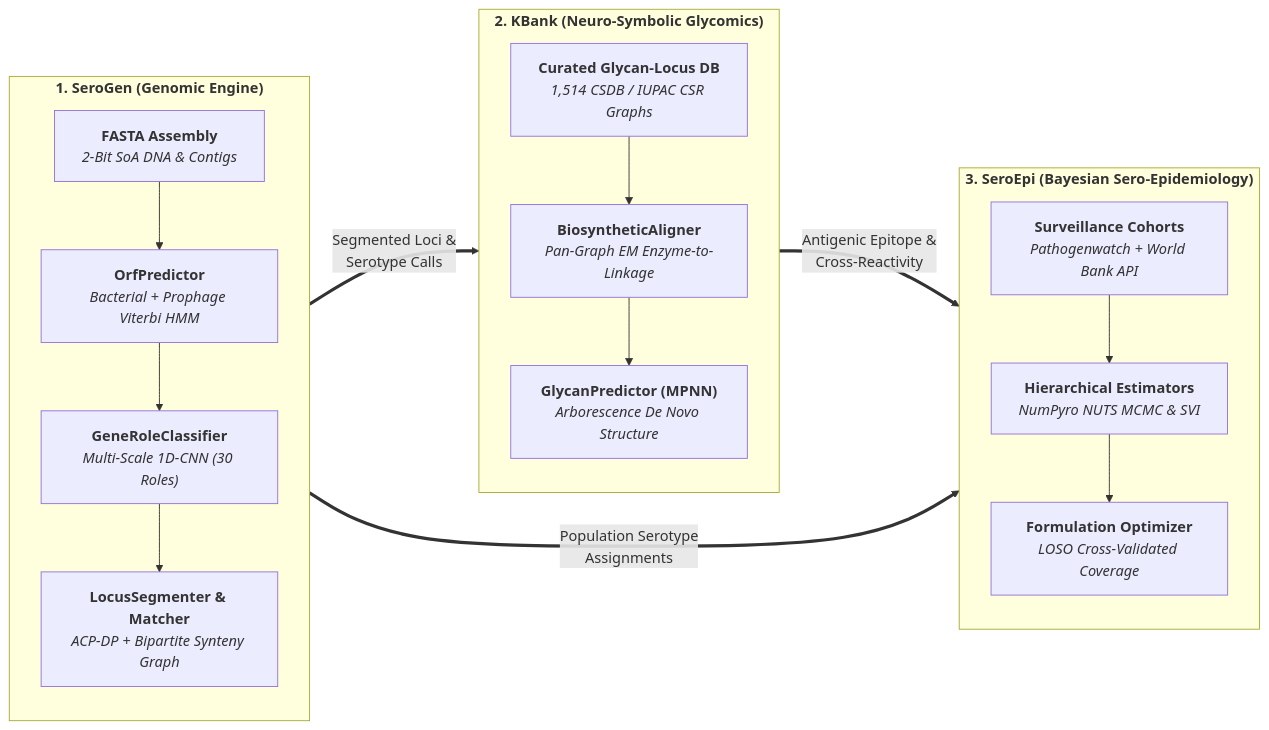
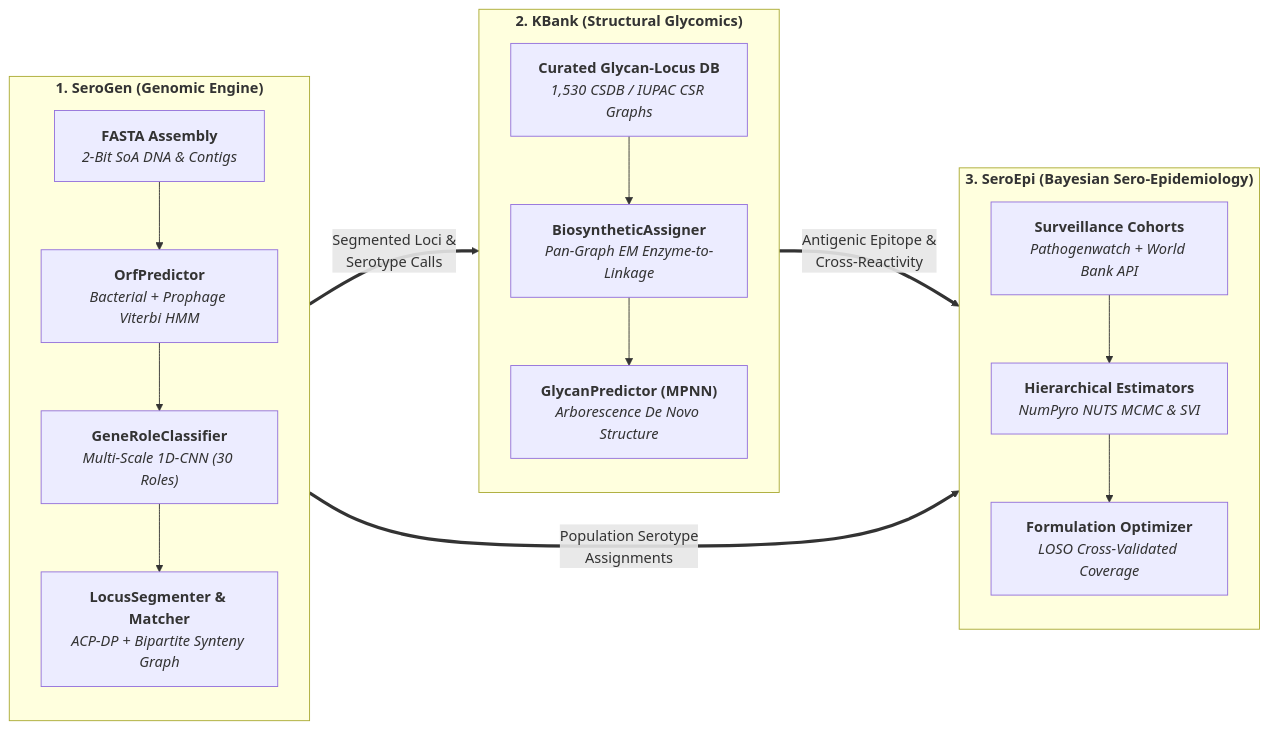
Before and after one commit to SeroVerse/seroverse.github.io: the diagram in docs/index.md, drawn with Mermaid. The commit also changed other lines of this file and 2 other files, not shown here.

````diff
--- a/docs/index.md
+++ b/docs/index.md
@@ -144,31 +151,31 @@
 ```mermaid
 flowchart LR
     subgraph SG["<b>1. SeroGen (Genomic Engine)</b>"]
         direction TB
         FA["<b>FASTA Assembly</b><br/><i>2-Bit SoA DNA &amp; Contigs</i>"]
         ORF["<b>OrfPredictor</b><br/><i>Bacterial + Prophage Viterbi HMM</i>"]
         CNN["<b>GeneRoleClassifier</b><br/><i>Multi-Scale 1D-CNN (30 Roles)</i>"]
         SEG["<b>LocusSegmenter &amp; Matcher</b><br/><i>ACP-DP + Bipartite Synteny Graph</i>"]
         FA --> ORF --> CNN --> SEG
     end
 
-    subgraph KB["<b>2. KBank (Neuro-Symbolic Glycomics)</b>"]
+    subgraph KB["<b>2. KBank (Structural Glycomics)</b>"]
         direction TB
-        DB["<b>Curated Glycan-Locus DB</b><br/><i>1,514 CSDB / IUPAC CSR Graphs</i>"]
-        ALN["<b>BiosyntheticAligner</b><br/><i>Pan-Graph EM Enzyme-to-Linkage</i>"]
+        DB["<b>Curated Glycan-Locus DB</b><br/><i>1,530 CSDB / IUPAC CSR Graphs</i>"]
+        ALN["<b>BiosyntheticAssigner</b><br/><i>Pan-Graph EM Enzyme-to-Linkage</i>"]
         MPNN["<b>GlycanPredictor (MPNN)</b><br/><i>Arborescence De Novo Structure</i>"]
         DB --> ALN --> MPNN
     end
 
     subgraph SE["<b>3. SeroEpi (Bayesian Sero-Epidemiology)</b>"]
         direction TB
         COH["<b>Surveillance Cohorts</b><br/><i>Pathogenwatch + World Bank API</i>"]
         BAY["<b>Hierarchical Estimators</b><br/><i>NumPyro NUTS MCMC &amp; SVI</i>"]
         VAC["<b>Formulation Optimizer</b><br/><i>LOSO Cross-Validated Coverage</i>"]
         COH --> BAY --> VAC
     end
 
     SEG ==>|"Segmented Loci &amp;<br/>Serotype Calls"| ALN
     SEG ==>|"Population Serotype<br/>Assignments"| COH
     MPNN ==>|"Antigenic Epitope &amp;<br/>Cross-Reactivity"| VAC
 ```
````
